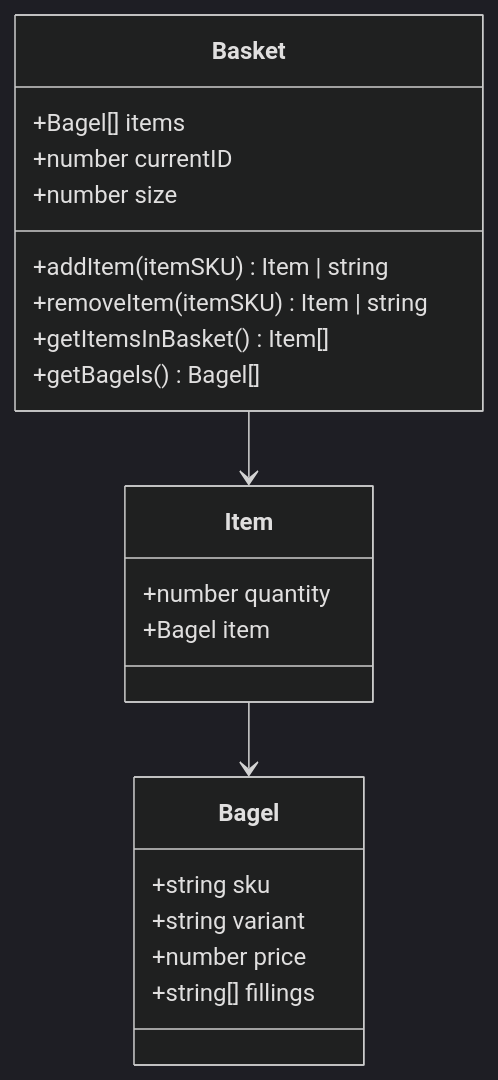
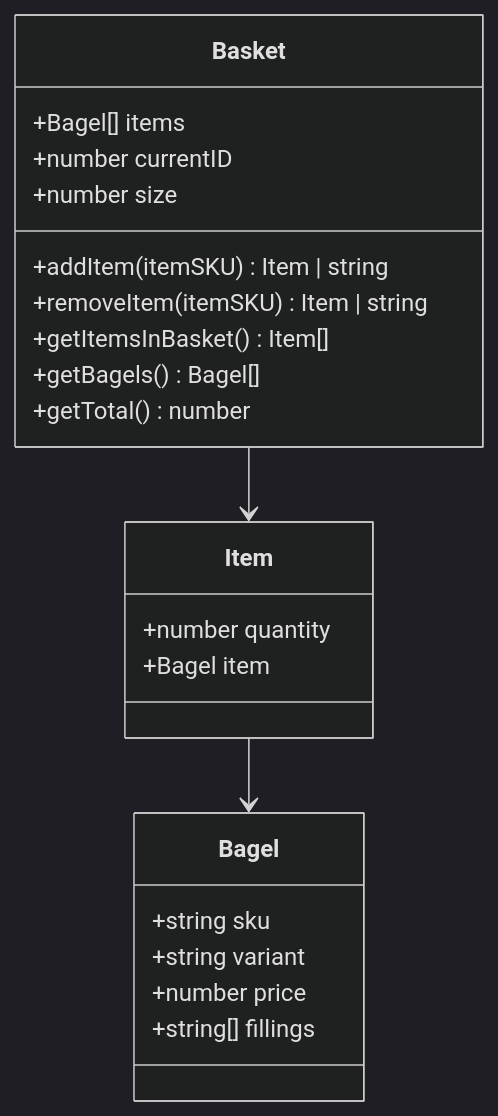
Before and after one commit to boolean-uk/tdd-bobs-bagels-exemplar: the diagram in domain-model.mmd, drawn with Mermaid (dark theme). The commit also changed 3 other files, not shown here.

```diff
--- a/domain-model.mmd
+++ b/domain-model.mmd
@@ -1,19 +1,20 @@
 classDiagram
     Basket --> Item
     Item --> Bagel
     class Bagel
     Bagel : +string sku
     Bagel : +string variant
     Bagel : +number price
     Bagel : +string[] fillings
     class Item
     Item : +number quantity
     Item : +Bagel item
     class Basket
     Basket : +Bagel[] items
     Basket : +number currentID
     Basket : +number size
     Basket : +addItem(itemSKU) Item | string
     Basket : +removeItem(itemSKU) Item | string
     Basket : +getItemsInBasket() Item[]
     Basket : +getBagels() Bagel[]
+    Basket : +getTotal() number
```
